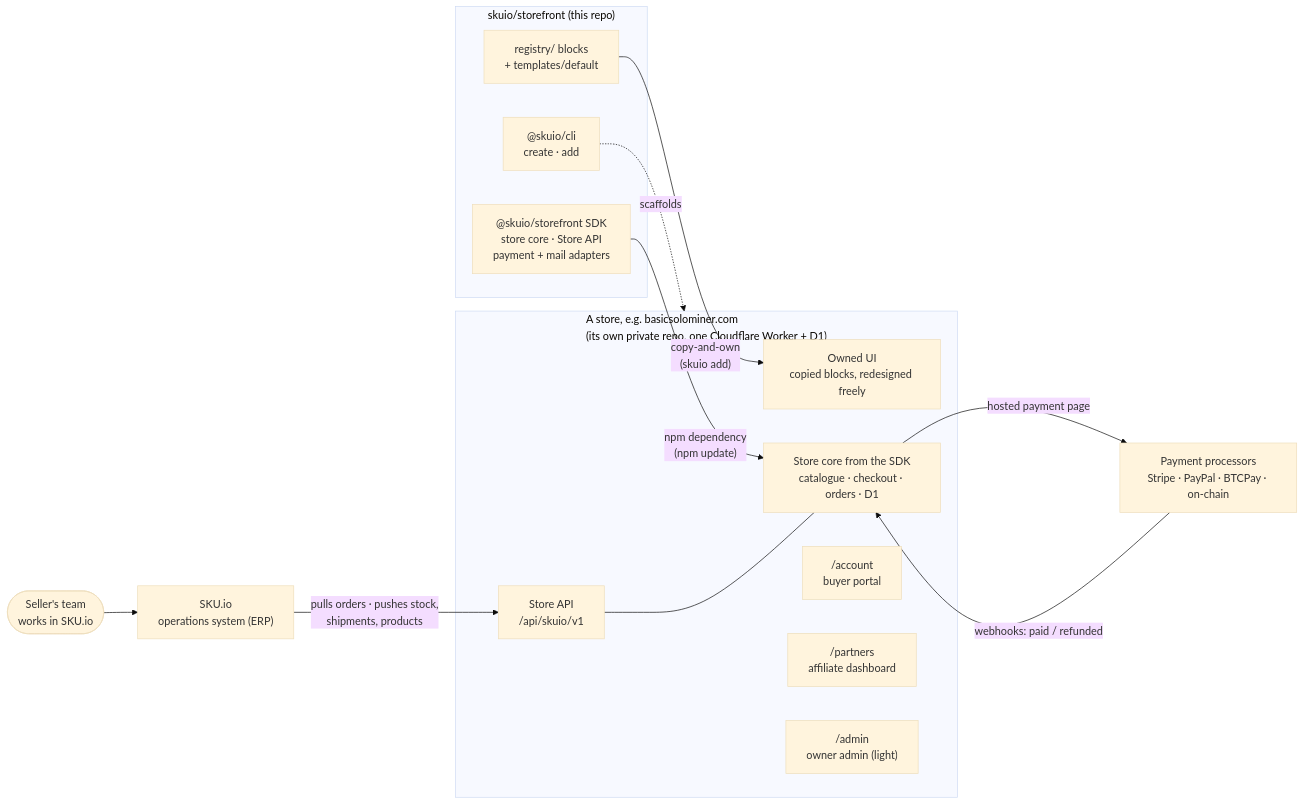
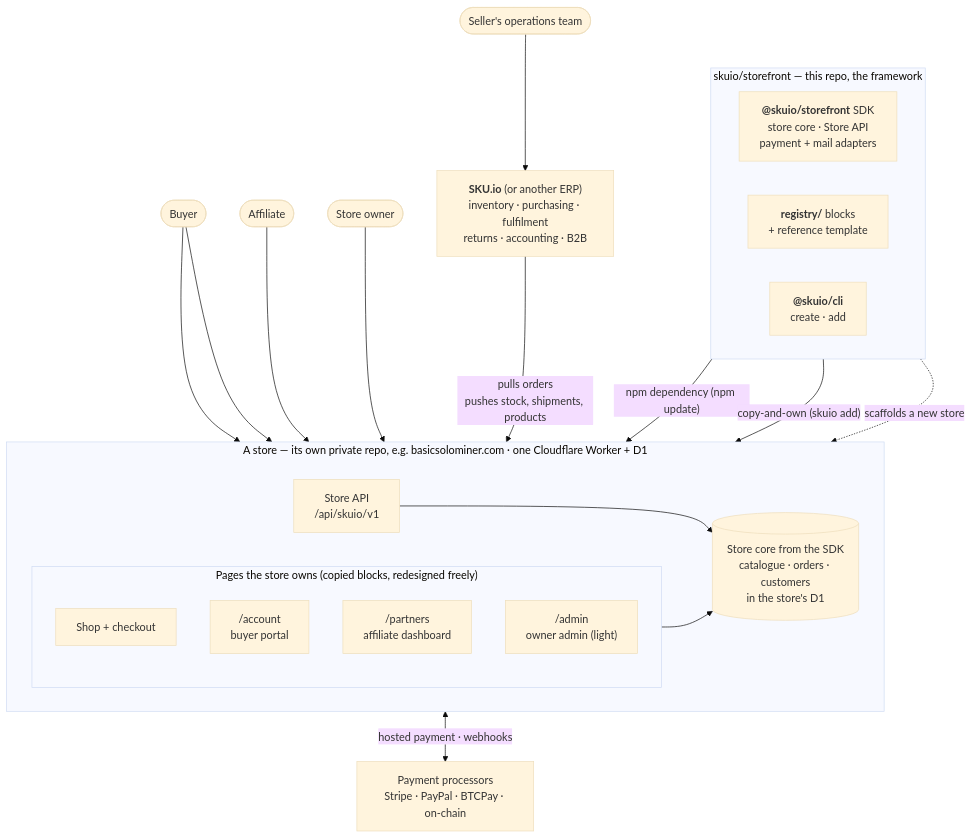
Before and after one commit to skuio/storefront: the diagram in README.md, drawn with Mermaid (base theme).

Commit message:
README diagram: people reach their own portal, SKU.io (or another ERP) on the operations side
Claude-Session: https://claude.ai/code/session_01Sv3AB7WoXvxKc3NtY2Tzti

````diff
--- a/README.md
+++ b/README.md
@@ -24,30 +24,40 @@
 ```mermaid
-flowchart LR
-  subgraph KIT["skuio/storefront (this repo)"]
-    SDK["@skuio/storefront SDK<br/>store core · Store API<br/>payment + mail adapters"]
-    REG["registry/ blocks<br/>+ templates/default"]
-    CLI["@skuio/cli<br/>create · add"]
+flowchart TB
+  subgraph KIT["skuio/storefront — this repo, the framework"]
+    direction LR
+    SDK["<b>@skuio/storefront</b> SDK<br/>store core · Store API<br/>payment + mail adapters"]
+    REG["<b>registry/</b> blocks<br/>+ reference template"]
+    CLI["<b>@skuio/cli</b><br/>create · add"]
   end
 
-  subgraph SITE["A store, e.g. basicsolominer.com<br/>(its own private repo, one Cloudflare Worker + D1)"]
-    UI["Owned UI<br/>copied blocks, redesigned freely"]
-    CORE["Store core from the SDK<br/>catalogue · checkout · orders · D1"]
-    BUY["/account<br/>buyer portal"]
-    PART["/partners<br/>affiliate dashboard"]
-    OWN["/admin<br/>owner admin (light)"]
+  subgraph SITE["A store — its own private repo, e.g. basicsolominer.com · one Cloudflare Worker + D1"]
+    direction LR
+    subgraph FACES["Pages the store owns (copied blocks, redesigned freely)"]
+      direction TB
+      SHOP["Shop + checkout"]
+      BUY["/account<br/>buyer portal"]
+      PART["/partners<br/>affiliate dashboard"]
+      OWN["/admin<br/>owner admin (light)"]
+    end
+    CORE[("Store core from the SDK<br/>catalogue · orders · customers<br/>in the store's D1")]
     API["Store API<br/>/api/skuio/v1"]
+    FACES --> CORE
+    API --> CORE
   end
 
+  REG -- "copy-and-own (skuio add)" --> FACES
+  SDK -- "npm dependency (npm update)" --> CORE
+  CLI -. "scaffolds a new store" .-> SITE
+
+  BUYER(["Buyer"]) --> SHOP
+  BUYER --> BUY
+  AFF(["Affiliate"]) --> PART
+  OWNER(["Store owner"]) --> OWN
+
   PAY["Payment processors<br/>Stripe · PayPal · BTCPay · on-chain"]
-  ERP["SKU.io<br/>operations system (ERP)"]
-  OPS(["Seller's team<br/>works in SKU.io"])
+  CORE <-- "hosted payment · webhooks" --> PAY
 
-  SDK -- "npm dependency<br/>(npm update)" --> CORE
-  REG -- "copy-and-own<br/>(skuio add)" --> UI
-  CLI -. "scaffolds" .-> SITE
-  CORE -- "hosted payment page" --> PAY
-  PAY -- "webhooks: paid / refunded" --> CORE
-  ERP -- "pulls orders · pushes stock,<br/>shipments, products" --> API
-  API --- CORE
-  OPS --> ERP
+  ERP["<b>SKU.io</b> (or another ERP)<br/>inventory · purchasing · fulfilment<br/>returns · accounting · B2B"]
+  ERP -- "pulls orders<br/>pushes stock, shipments, products" --> API
+  TEAM(["Seller's operations team"]) --> ERP
 ```
````
